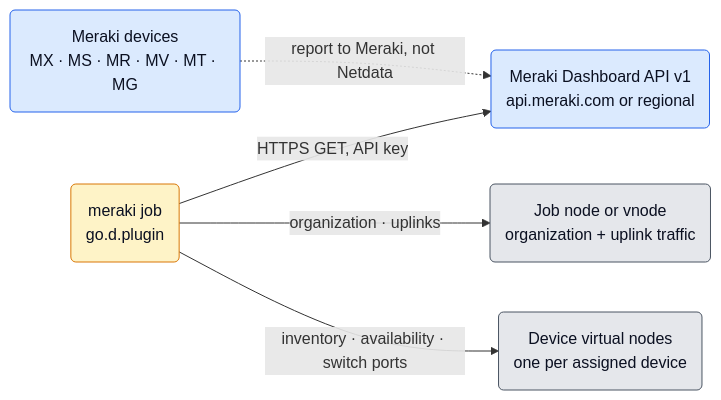
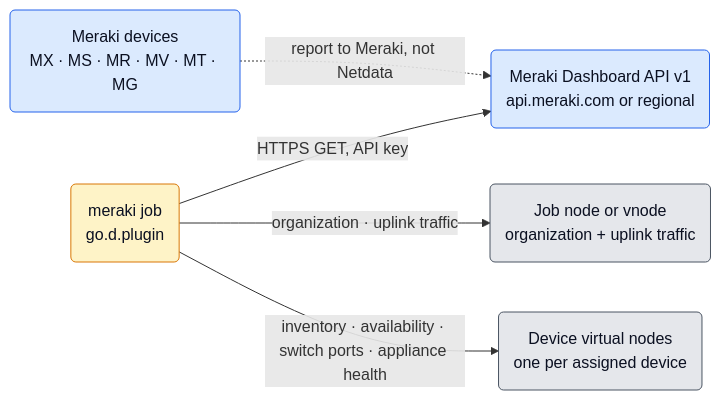
Before and after one commit to netdata/netdata: the first of 4 diagrams in src/go/plugin/go.d/collector/meraki/ARCHITECTURE.md, drawn with Mermaid. The commit also changed other lines of this file and 24 other files, not shown here.

Commit message:
feat(go.d): add Meraki appliance uplink health (#24616)

````diff
--- a/src/go/plugin/go.d/collector/meraki/ARCHITECTURE.md
+++ b/src/go/plugin/go.d/collector/meraki/ARCHITECTURE.md
@@ -83,20 +87,20 @@
 ```mermaid
 flowchart LR
     Devices("Meraki devices<br/>MX · MS · MR · MV · MT · MG")
     Cloud("Meraki Dashboard API v1<br/>api.meraki.com or regional")
     Job("meraki job<br/>go.d.plugin")
     JobNode("Job node or vnode<br/>organization + uplink traffic")
     DevNodes("Device virtual nodes<br/>one per assigned device")
 
     Devices -.->|"report to Meraki, not Netdata"| Cloud
     Job -->|"HTTPS GET, API key"| Cloud
-    Job -->|"organization · uplinks"| JobNode
-    Job -->|"inventory · availability · switch ports"| DevNodes
+    Job -->|"organization · uplink traffic"| JobNode
+    Job -->|"inventory · availability · switch ports · appliance health"| DevNodes
 
     classDef ext fill:#dbeafe,stroke:#2563eb,color:#0b1021;
     classDef core fill:#fef3c7,stroke:#d97706,color:#0b1021;
     classDef out fill:#e5e7eb,stroke:#4b5563,color:#0b1021;
     class Devices,Cloud ext;
     class Job core;
     class JobNode,DevNodes out;
 ```
````
